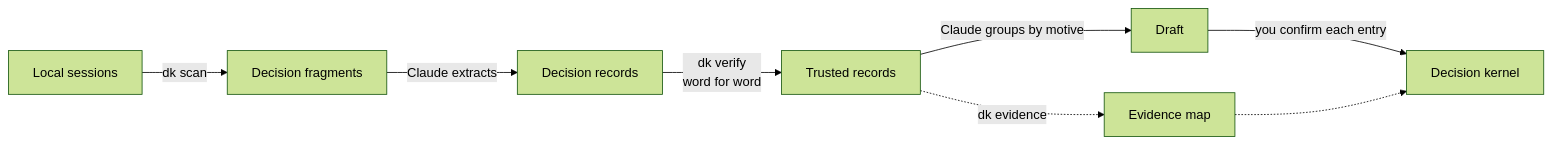
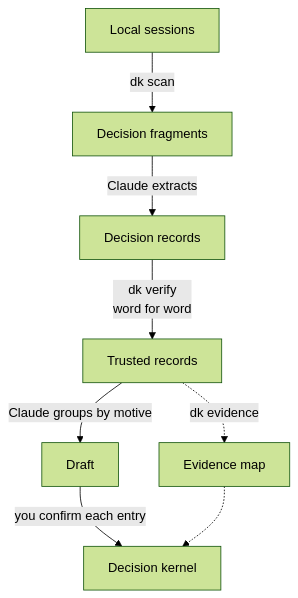
Before and after one commit to Tespera/decision-kernel: the diagram in README.en.md, drawn with Mermaid (forest theme). The commit also changed 1 other file, not shown here.

Commit message:
docs: 工作原理流程图改为纵向，横向时字太小看不清

````diff
--- a/README.en.md
+++ b/README.en.md
@@ -177,10 +177,10 @@
 ```mermaid
-flowchart LR
+flowchart TD
     A[Local sessions] -->|dk scan| B[Decision fragments]
     B -->|Claude extracts| C[Decision records]
     C -->|dk verify<br/>word for word| D[Trusted records]
     D -->|Claude groups by motive| E[Draft]
     E -->|you confirm each entry| F[Decision kernel]
     D -.->|dk evidence| G[Evidence map]
     G -.-> F
 ```
````
